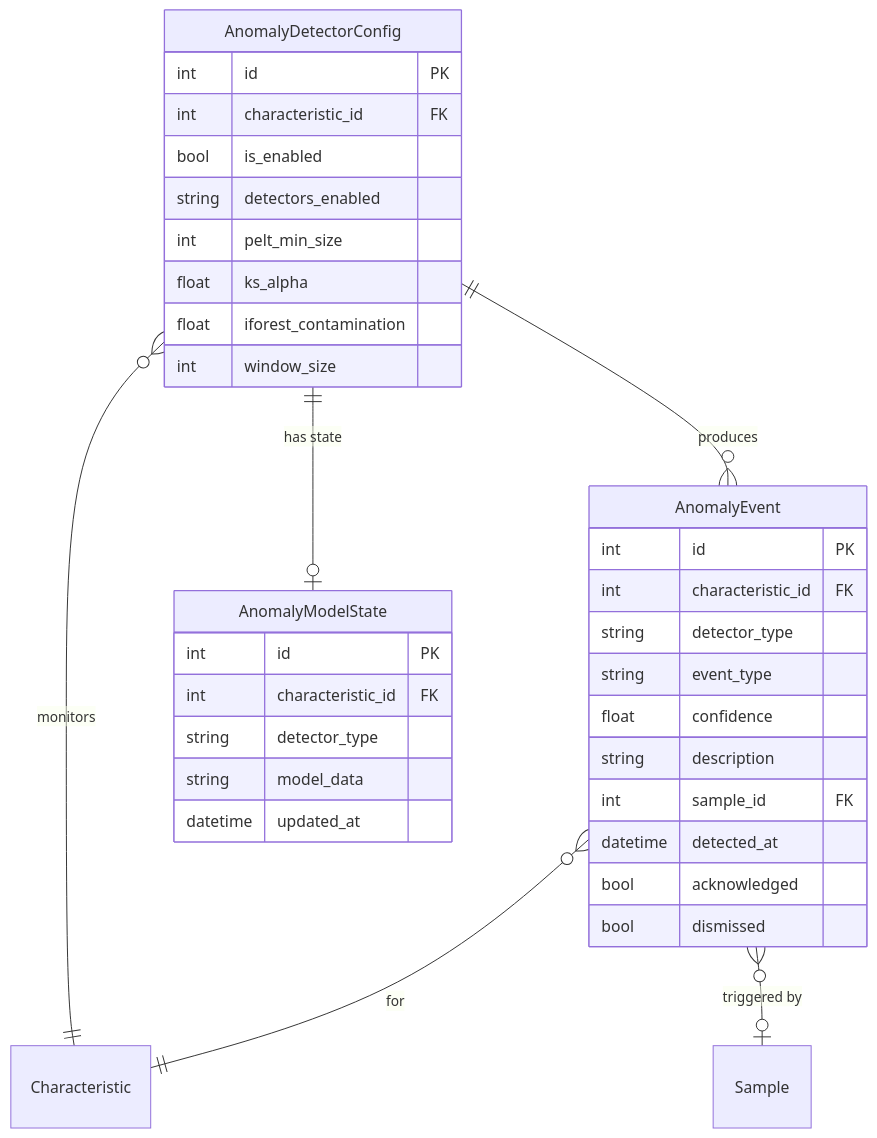
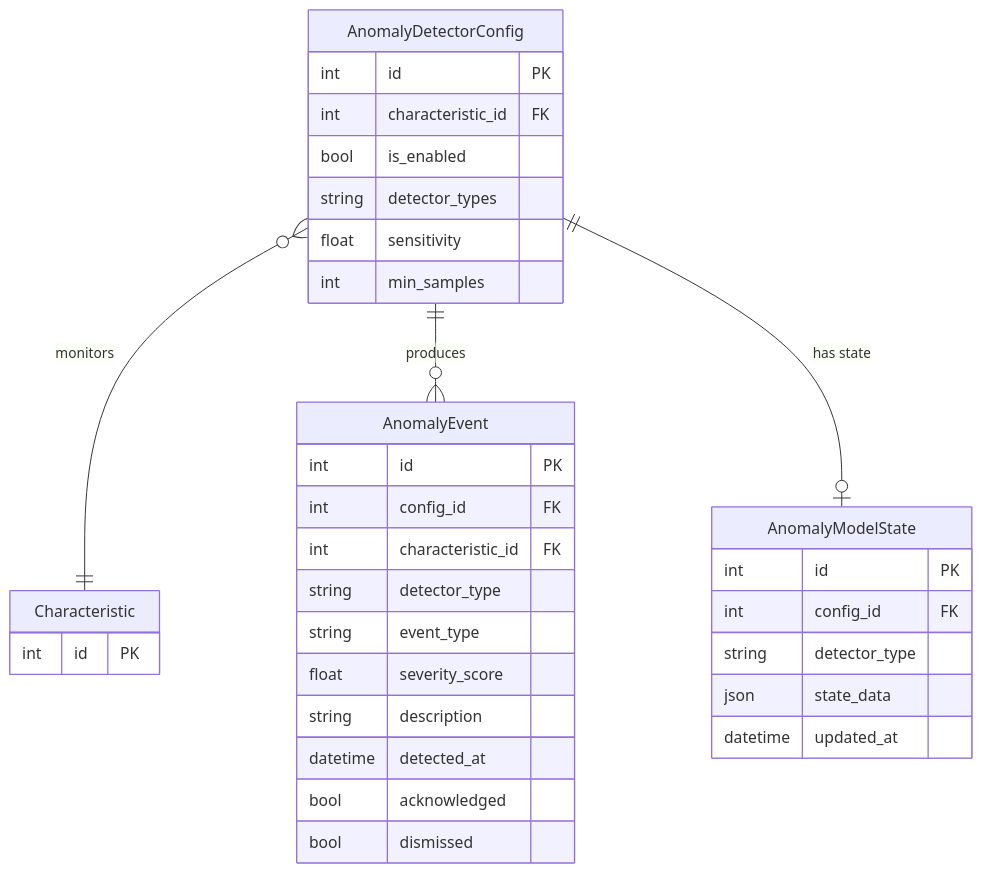
One commit to saturnis-io/cassini changed the second of 2 diagrams in .knowledge/features/anomaly.md. Above: the diagram before and after it, drawn with Mermaid. The commit also changed other lines of this file and 15 other files, not shown here.

Commit message:
knowledge-graph: regenerate

````diff
--- a/.knowledge/features/anomaly.md
+++ b/.knowledge/features/anomaly.md
@@ -32,37 +28,36 @@
 ```mermaid
 erDiagram
-    AnomalyDetectorConfig }o--|| Characteristic : "monitors"
-    AnomalyDetectorConfig ||--o{ AnomalyEvent : "produces"
+    AnomalyDetectorConfig }o--|| Characteristic : monitors
+    AnomalyDetectorConfig ||--o{ AnomalyEvent : produces
     AnomalyDetectorConfig ||--o| AnomalyModelState : "has state"
-    AnomalyEvent }o--|| Characteristic : "for"
-    AnomalyEvent }o--o| Sample : "triggered by"
     AnomalyDetectorConfig {
         int id PK
         int characteristic_id FK
         bool is_enabled
-        string detectors_enabled
-        int pelt_min_size
-        float ks_alpha
-        float iforest_contamination
-        int window_size
+        string detector_types
+        float sensitivity
+        int min_samples
     }
     AnomalyEvent {
         int id PK
+        int config_id FK
         int characteristic_id FK
         string detector_type
         string event_type
-        float confidence
+        float severity_score
         string description
-        int sample_id FK
         datetime detected_at
         bool acknowledged
         bool dismissed
     }
     AnomalyModelState {
         int id PK
-        int characteristic_id FK
+        int config_id FK
         string detector_type
-        string model_data
+        json state_data
         datetime updated_at
     }
+    Characteristic {
+        int id PK
+    }
 ```
````
